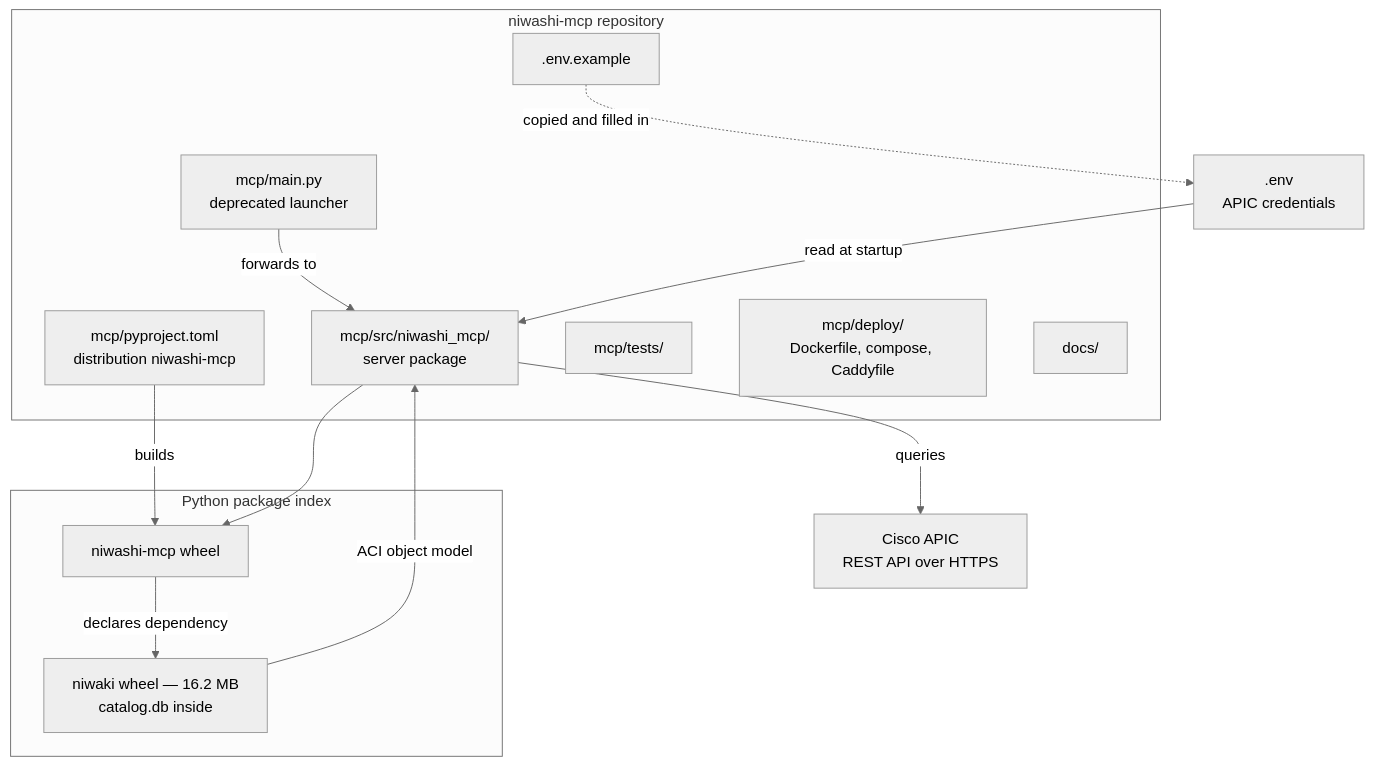
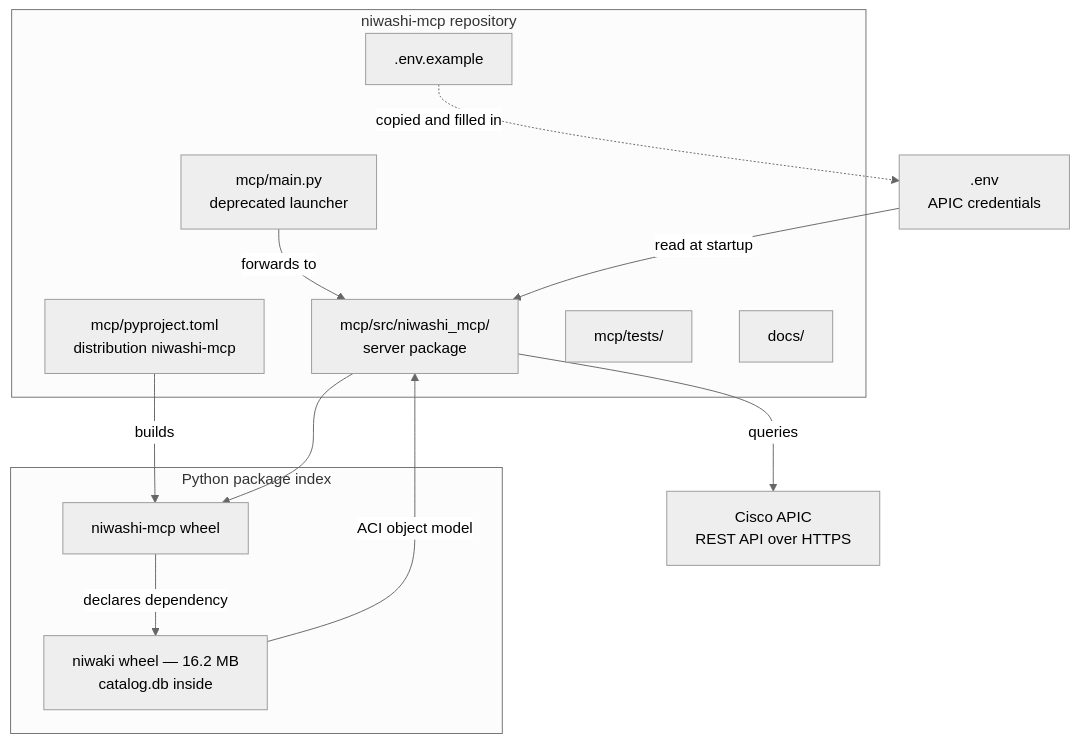
Before and after one commit to k3l0-dev/aci-mcp: the first of 3 diagrams in docs/architecture/overview.md, drawn with Mermaid (neutral theme). The commit also changed other lines of this file and 15 other files, not shown here.

````diff
--- a/docs/architecture/overview.md
+++ b/docs/architecture/overview.md
@@ -49,29 +48,28 @@
 ```mermaid
 graph TD
     subgraph repo["niwashi-mcp repository"]
         pkg["mcp/src/niwashi_mcp/<br/>server package"]
         proj["mcp/pyproject.toml<br/>distribution niwashi-mcp"]
         shim["mcp/main.py<br/>deprecated launcher"]
         tests["mcp/tests/"]
-        deploy["mcp/deploy/<br/>Dockerfile, compose, Caddyfile"]
         docs["docs/"]
         envex[".env.example"]
     end
 
     subgraph pypi["Python package index"]
         dist["niwashi-mcp wheel"]
         niwaki["niwaki wheel — 16.2 MB<br/>catalog.db inside"]
     end
 
     envfile[".env<br/>APIC credentials"]
     apic["Cisco APIC<br/>REST API over HTTPS"]
 
     proj -->|"builds"| dist
     pkg --> dist
     dist -->|"declares dependency"| niwaki
     niwaki -->|"ACI object model"| pkg
     shim -->|"forwards to"| pkg
     envex -.->|"copied and filled in"| envfile
     envfile -->|"read at startup"| pkg
     pkg -->|"queries"| apic
 ```
````
